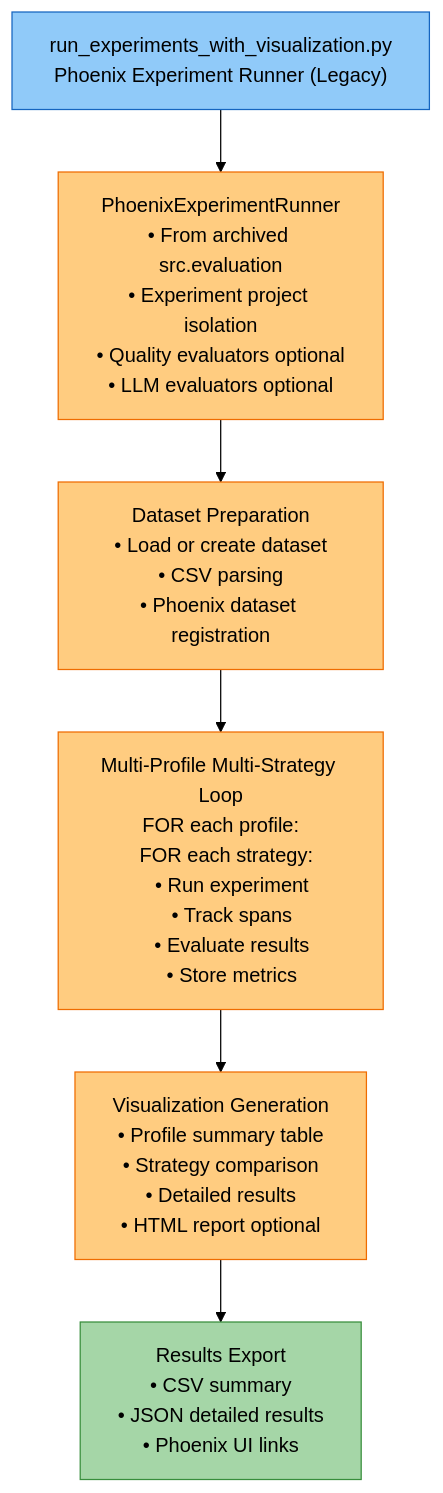
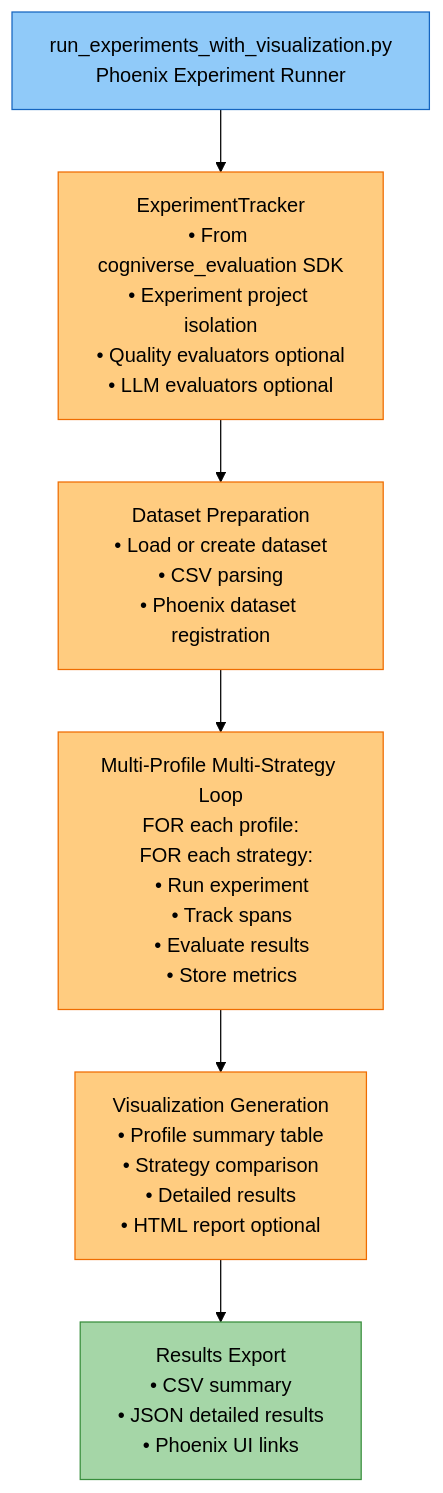
One commit to amit-jain/cogniverse changed the third of 4 diagrams in docs/development/scripts-operations.md. Above: the diagram before and after it, drawn with Mermaid (forest theme). The commit also changed other lines of this file and 30 other files, not shown here.

````diff
--- a/docs/development/scripts-operations.md
+++ b/docs/development/scripts-operations.md
@@ -180,27 +178,27 @@
 ```mermaid
 flowchart TB
-    Start["<span style='color:#000'>run_experiments_with_visualization.py<br/>Phoenix Experiment Runner (Legacy)</span>"]
+    Start["<span style='color:#000'>run_experiments_with_visualization.py<br/>Phoenix Experiment Runner</span>"]
 
-    Runner["<span style='color:#000'>PhoenixExperimentRunner<br/>• From archived src.evaluation<br/>• Experiment project isolation<br/>• Quality evaluators optional<br/>• LLM evaluators optional</span>"]
+    Runner["<span style='color:#000'>ExperimentTracker<br/>• From cogniverse_evaluation SDK<br/>• Experiment project isolation<br/>• Quality evaluators optional<br/>• LLM evaluators optional</span>"]
 
     Dataset["<span style='color:#000'>Dataset Preparation<br/>• Load or create dataset<br/>• CSV parsing<br/>• Phoenix dataset registration</span>"]
 
     Loop["<span style='color:#000'>Multi-Profile Multi-Strategy Loop<br/>FOR each profile:<br/>  FOR each strategy:<br/>    • Run experiment<br/>    • Track spans<br/>    • Evaluate results<br/>    • Store metrics</span>"]
 
     Viz["<span style='color:#000'>Visualization Generation<br/>• Profile summary table<br/>• Strategy comparison<br/>• Detailed results<br/>• HTML report optional</span>"]
 
     Export["<span style='color:#000'>Results Export<br/>• CSV summary<br/>• JSON detailed results<br/>• Phoenix UI links</span>"]
 
     Start --> Runner
     Runner --> Dataset
     Dataset --> Loop
     Loop --> Viz
     Viz --> Export
 
     style Start fill:#90caf9,stroke:#1565c0,color:#000
     style Runner fill:#ffcc80,stroke:#ef6c00,color:#000
     style Dataset fill:#ffcc80,stroke:#ef6c00,color:#000
     style Loop fill:#ffcc80,stroke:#ef6c00,color:#000
     style Viz fill:#ffcc80,stroke:#ef6c00,color:#000
     style Export fill:#a5d6a7,stroke:#388e3c,color:#000
 ```
````
